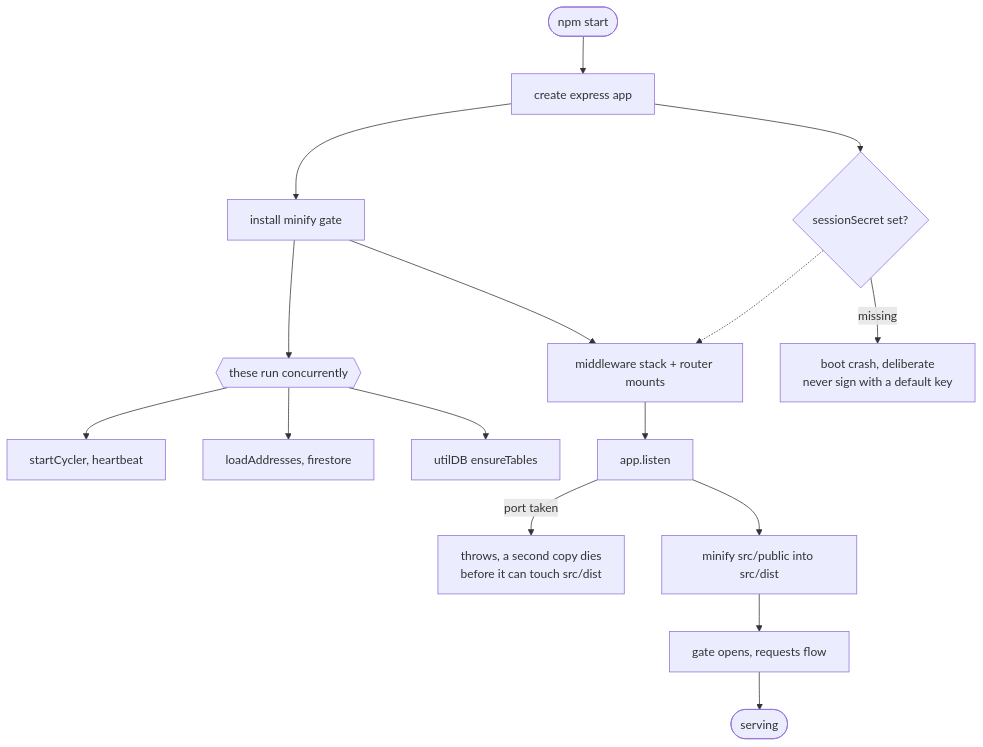
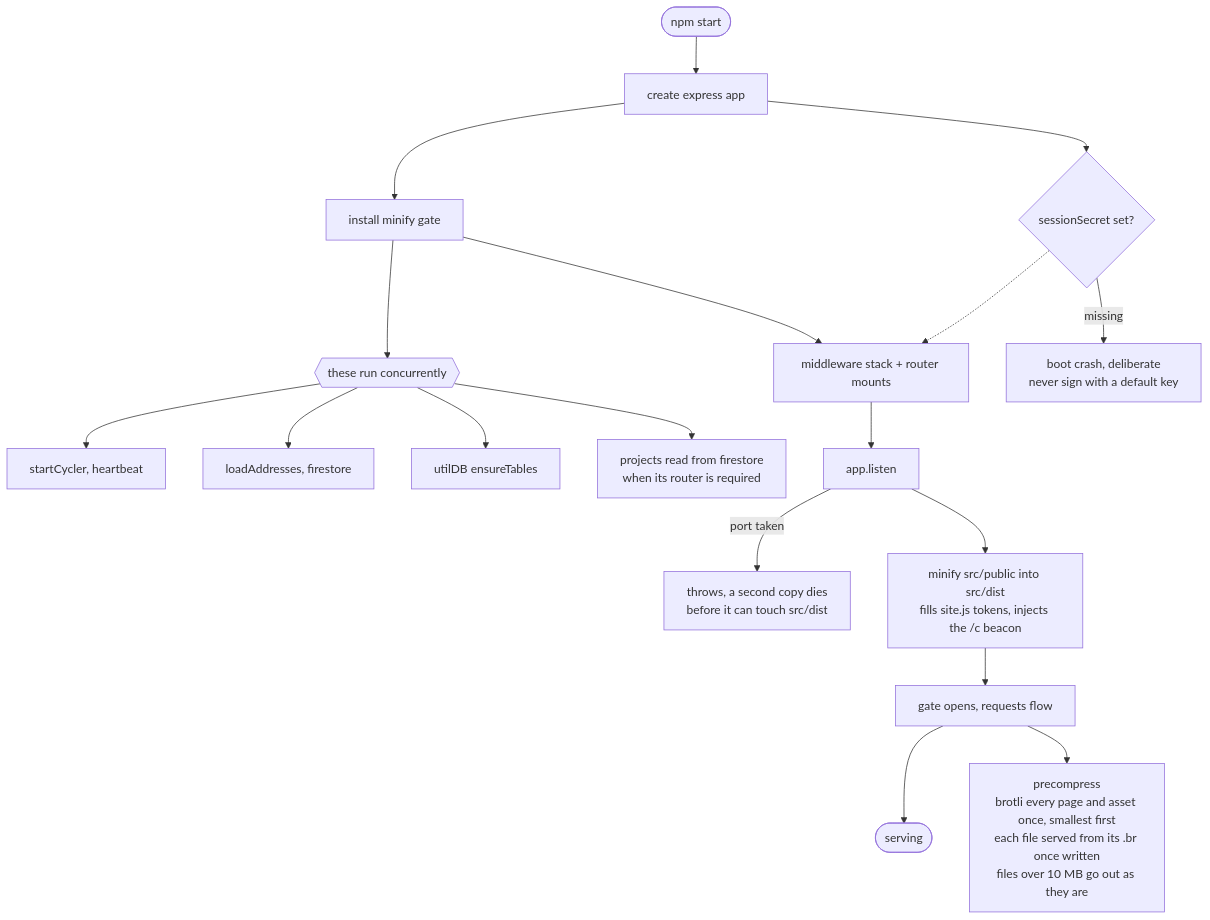
Before and after one commit to Air-zy/airWebsite: the fifth of 7 diagrams in ARCHITECTURE.md, drawn with Mermaid. The commit also changed other lines of this file and 1 other file, not shown here.

First line of the commit message:
docs: architecture and readme match the code again

````diff
--- a/ARCHITECTURE.md
+++ b/ARCHITECTURE.md
@@ -141,21 +149,23 @@
 ```mermaid
 flowchart TD
   START([npm start]) --> APP["create express app"]
   APP --> GATE["install minify gate"]
 
   GATE --> PAR{{"these run concurrently"}}
   PAR --> HEART["startCycler, heartbeat"]
   PAR --> ADDR["loadAddresses, firestore"]
   PAR --> PG["utilDB ensureTables"]
+  PAR --> PROJ["projects read from firestore<br/>when its router is required"]
 
   GATE --> MW["middleware stack + router mounts"]
   MW --> LISTEN["app.listen"]
   LISTEN -->|port taken| DIE["throws, a second copy dies<br/>before it can touch src/dist"]
-  LISTEN --> MIN["minify src/public into src/dist"]
+  LISTEN --> MIN["minify src/public into src/dist<br/>fills site.js tokens, injects the /c beacon"]
   MIN --> OPEN["gate opens, requests flow"]
   OPEN --> UP([serving])
+  OPEN --> PRE["precompress<br/>brotli every page and asset once, smallest first<br/>each file served from its .br once written<br/>files over 10 MB go out as they are"]
 
   SS{"sessionSecret set?"} -.-> MW
   APP --> SS
   SS -->|missing| CRASH["boot crash, deliberate<br/>never sign with a default key"]
 ```
````
